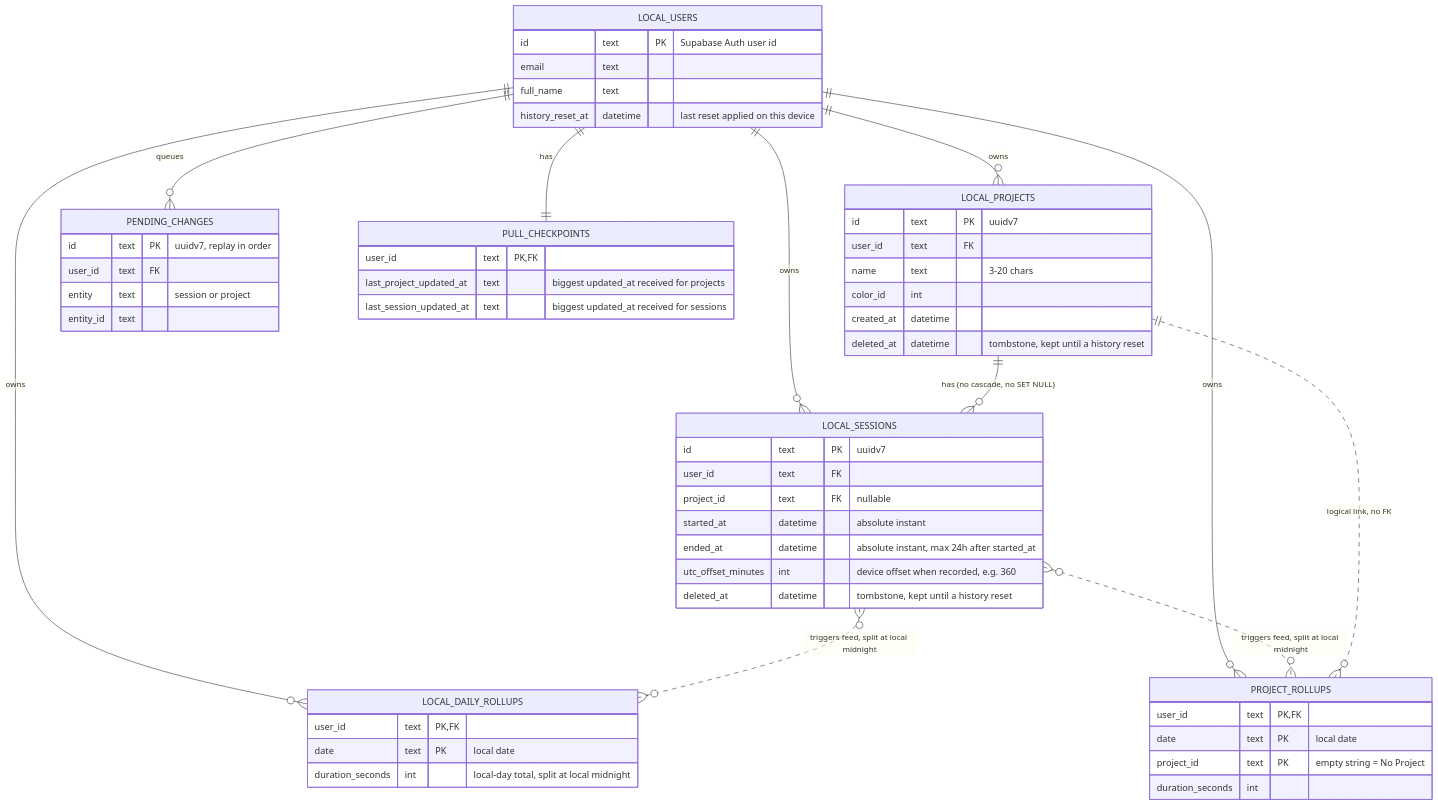
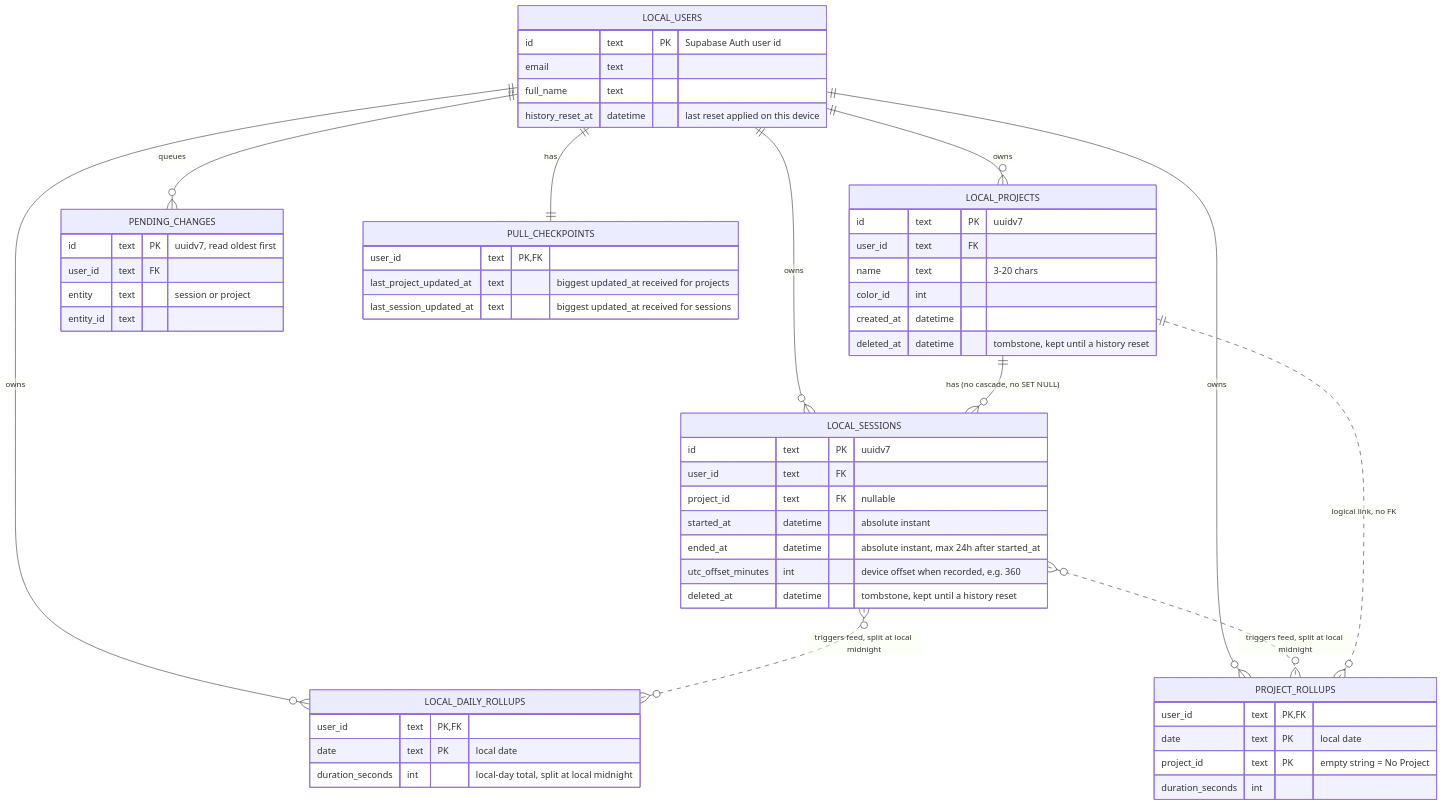
The second of 3 diagrams in README.md (sardaar-niamotullah/tarkeez), drawn with Mermaid before and after one commit. The commit also changed other lines of this file, not shown here.

````diff
--- a/README.md
+++ b/README.md
@@ -294,59 +320,59 @@
 ```mermaid
 erDiagram
   LOCAL_USERS ||--o{ LOCAL_PROJECTS : owns
   LOCAL_USERS ||--o{ LOCAL_SESSIONS : owns
   LOCAL_USERS ||--o{ LOCAL_DAILY_ROLLUPS : owns
   LOCAL_USERS ||--o{ PROJECT_ROLLUPS : owns
   LOCAL_USERS ||--o{ PENDING_CHANGES : queues
   LOCAL_USERS ||--|| PULL_CHECKPOINTS : has
   LOCAL_PROJECTS ||--o{ LOCAL_SESSIONS : "has (no cascade, no SET NULL)"
   LOCAL_SESSIONS }o..o{ LOCAL_DAILY_ROLLUPS : "triggers feed, split at local midnight"
   LOCAL_SESSIONS }o..o{ PROJECT_ROLLUPS : "triggers feed, split at local midnight"
   LOCAL_PROJECTS ||..o{ PROJECT_ROLLUPS : "logical link, no FK"
 
   LOCAL_USERS {
     id text PK "Supabase Auth user id"
     email text
     full_name text
     history_reset_at datetime "last reset applied on this device"
   }
   LOCAL_PROJECTS {
     id text PK "uuidv7"
     user_id text FK
     name text "3-20 chars"
     color_id int
     created_at datetime
     deleted_at datetime "tombstone, kept until a history reset"
   }
   LOCAL_SESSIONS {
     id text PK "uuidv7"
     user_id text FK
     project_id text FK "nullable"
     started_at datetime "absolute instant"
     ended_at datetime "absolute instant, max 24h after started_at"
     utc_offset_minutes int "device offset when recorded, e.g. 360"
     deleted_at datetime "tombstone, kept until a history reset"
   }
   LOCAL_DAILY_ROLLUPS {
     user_id text PK, FK
     date text PK "local date"
     duration_seconds int "local-day total, split at local midnight"
   }
   PROJECT_ROLLUPS {
     user_id text PK, FK
     date text PK "local date"
     project_id text PK "empty string = No Project"
     duration_seconds int
   }
   PENDING_CHANGES {
-    id text PK "uuidv7, replay in order"
+    id text PK "uuidv7, read oldest first"
     user_id text FK
     entity text "session or project"
     entity_id text
   }
   PULL_CHECKPOINTS {
     user_id text PK, FK
     last_project_updated_at text "biggest updated_at received for projects"
     last_session_updated_at text "biggest updated_at received for sessions"
   }
 ```
````
